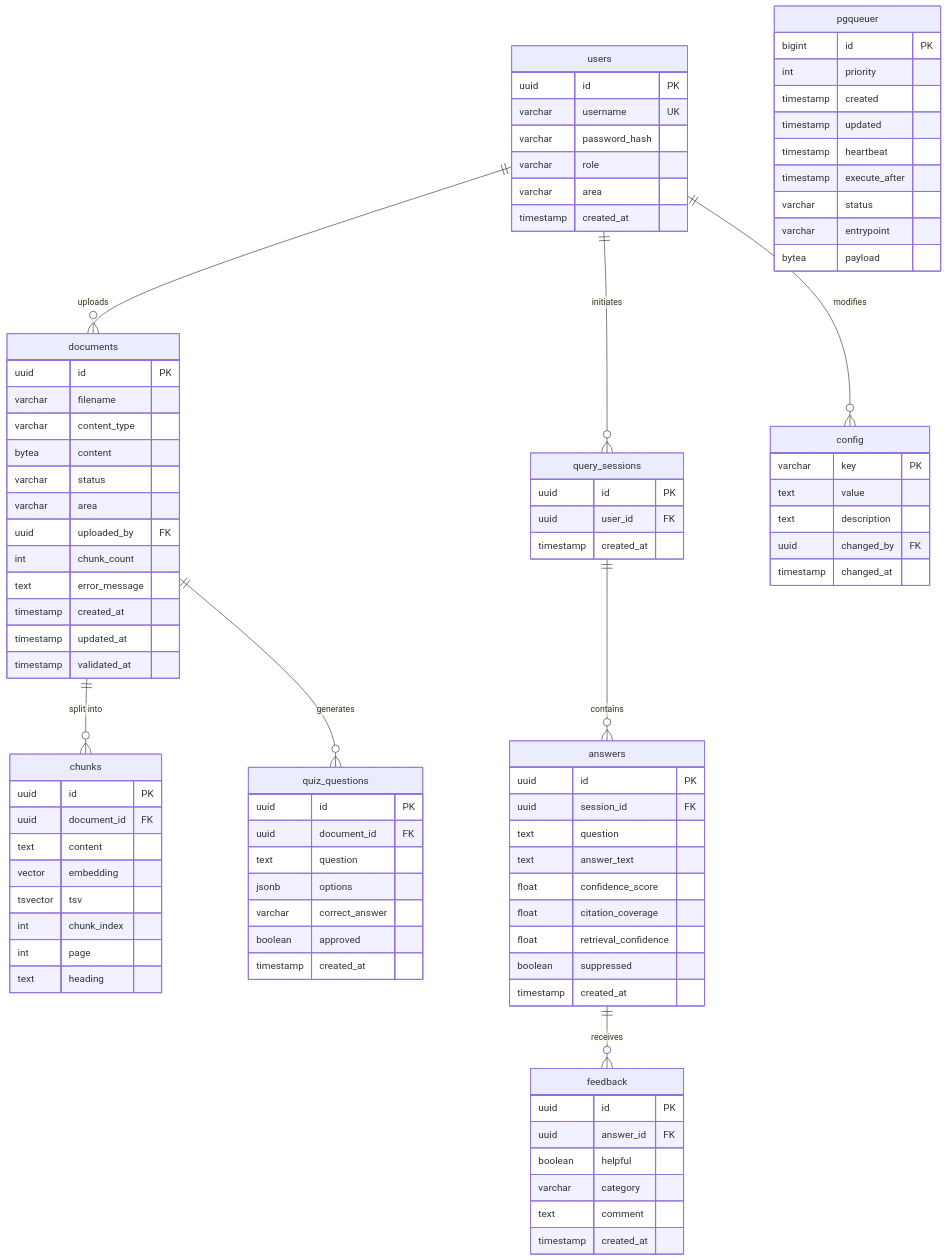
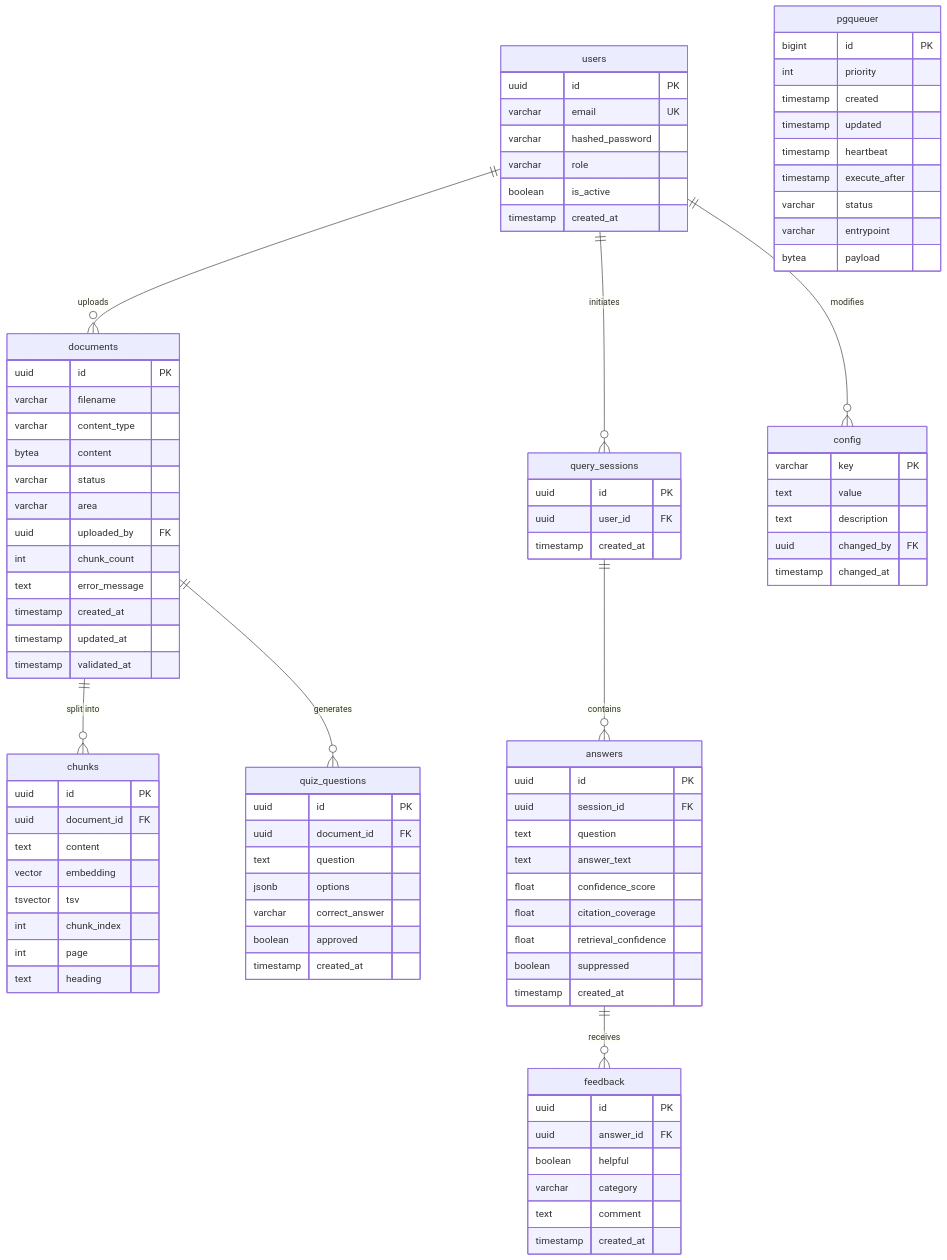
Before and after one commit to tsorer/LearnFlow: the diagram in Docs/08_ERD.md, drawn with Mermaid. The commit also changed other lines of this file and 5 other files, not shown here.

```diff
--- a/Docs/08_ERD.md
+++ b/Docs/08_ERD.md
@@ -26,11 +26,11 @@
 
     %% ── Bestehend ───────────────────────────────────────────
     users {
-        uuid        id           PK
-        varchar     username     UK
-        varchar     password_hash
+        uuid        id              PK
+        varchar     email           UK
+        varchar     hashed_password
         varchar     role
-        varchar     area
+        boolean     is_active
         timestamp   created_at
     }
 
```
